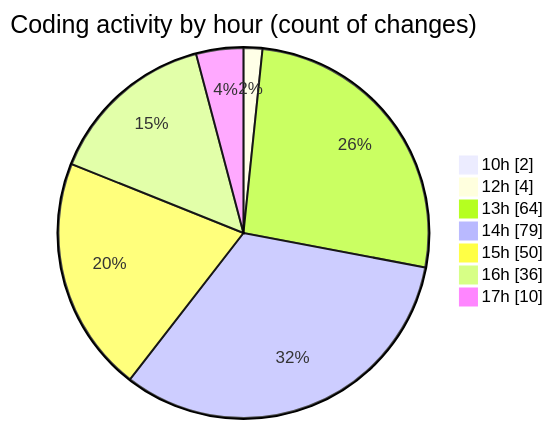
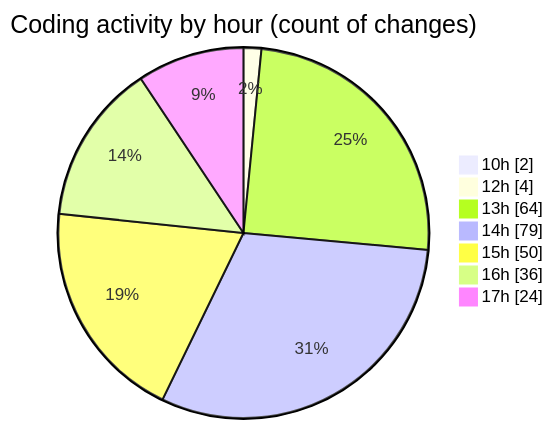
The second of 2 diagrams in 2026-04-30/cda/README.md (momahboobian/code-tracking), drawn with Mermaid before and after one commit. The commit also changed other lines of this file and 1 other file, not shown here.

````diff
--- a/2026-04-30/cda/README.md
+++ b/2026-04-30/cda/README.md
@@ -81,11 +81,11 @@
 ```mermaid
 pie showData
 title Coding activity by hour (count of changes)
 "10h" : 2
 "12h" : 4
 "13h" : 64
 "14h" : 79
 "15h" : 50
 "16h" : 36
-"17h" : 10
+"17h" : 24
 ```
````
